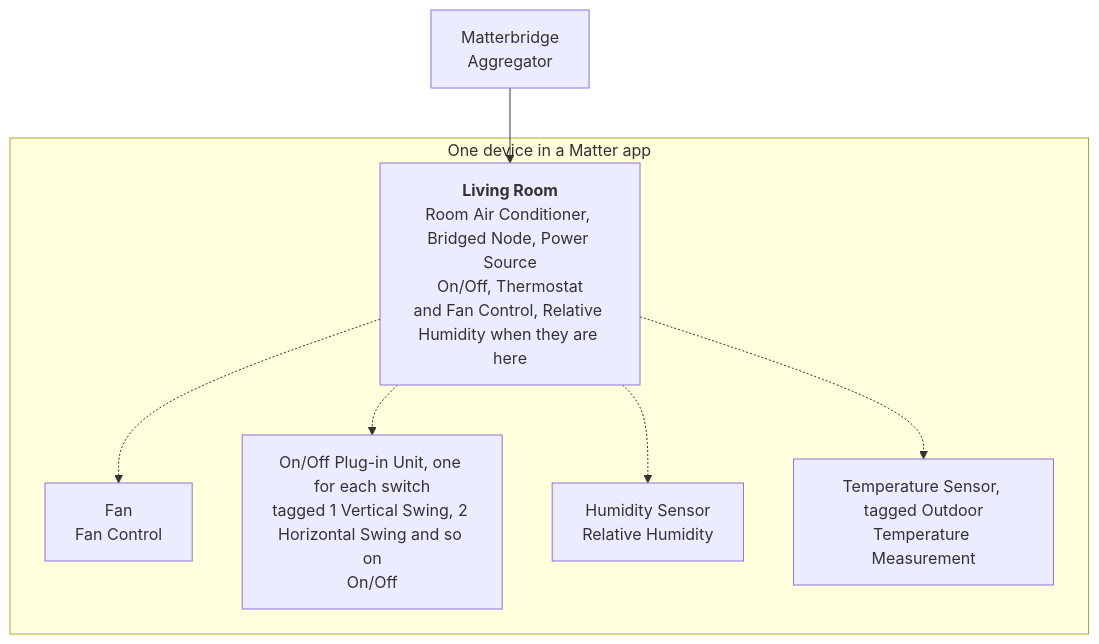
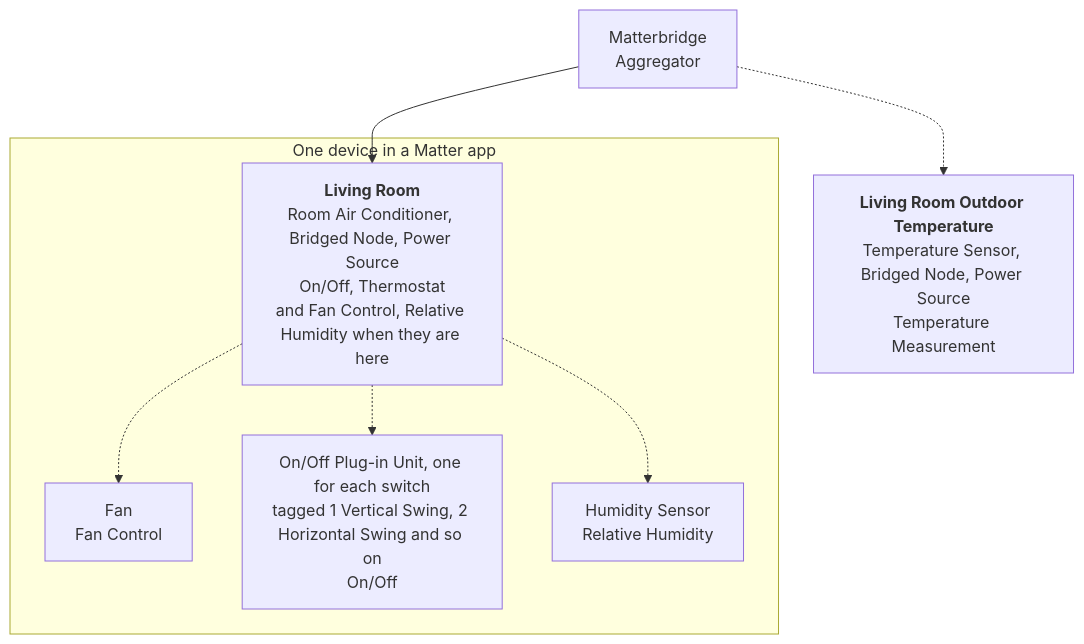
One commit to cheziyi/matterbridge-daikin-local changed the first of 2 diagrams in README.md. Above: the diagram before and after it, drawn with Mermaid. The commit also changed other lines of this file and 12 other files, not shown here.

Commit message:
Keep the outdoor temperature sensor a device of its own and start version 0.5.0 (#9)

````diff
--- a/README.md
+++ b/README.md
@@ -116,16 +116,16 @@
 ```mermaid
 flowchart TD
     bridge["Matterbridge<br/>Aggregator"]
     subgraph device["One device in a Matter app"]
         ac["<b>Living Room</b><br/>Room Air Conditioner, Bridged Node, Power Source<br/>On/Off, Thermostat<br/>and Fan Control, Relative Humidity when they are here"]
         fan["Fan<br/>Fan Control"]
         switches["On/Off Plug-in Unit, one for each switch<br/>tagged 1 Vertical Swing, 2 Horizontal Swing and so on<br/>On/Off"]
         humidity["Humidity Sensor<br/>Relative Humidity"]
-        outdoor["Temperature Sensor, tagged Outdoor<br/>Temperature Measurement"]
     end
+    outdoor["<b>Living Room Outdoor Temperature</b><br/>Temperature Sensor, Bridged Node, Power Source<br/>Temperature Measurement"]
     bridge --> ac
     ac -.-> fan
     ac -.-> switches
     ac -.-> humidity
-    ac -.-> outdoor
+    bridge -.-> outdoor
 ```
````
